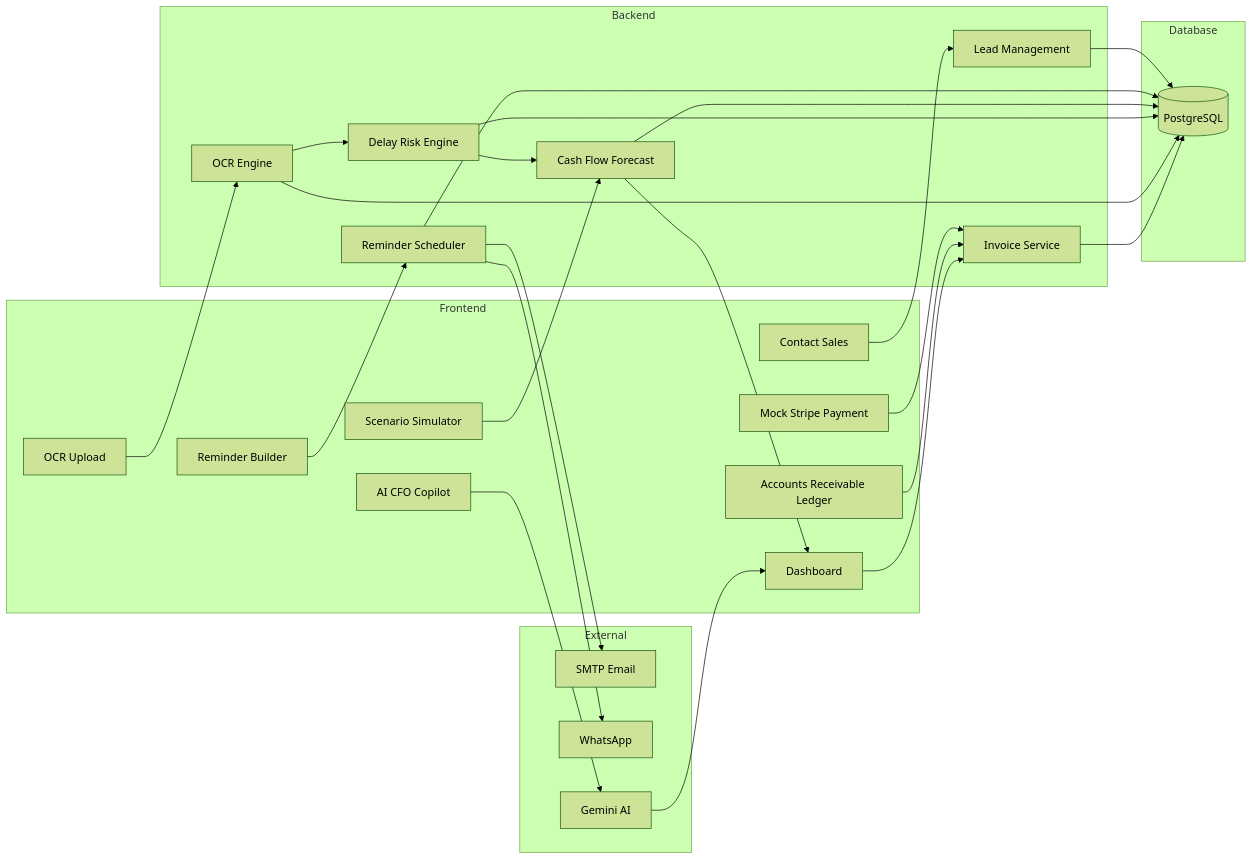
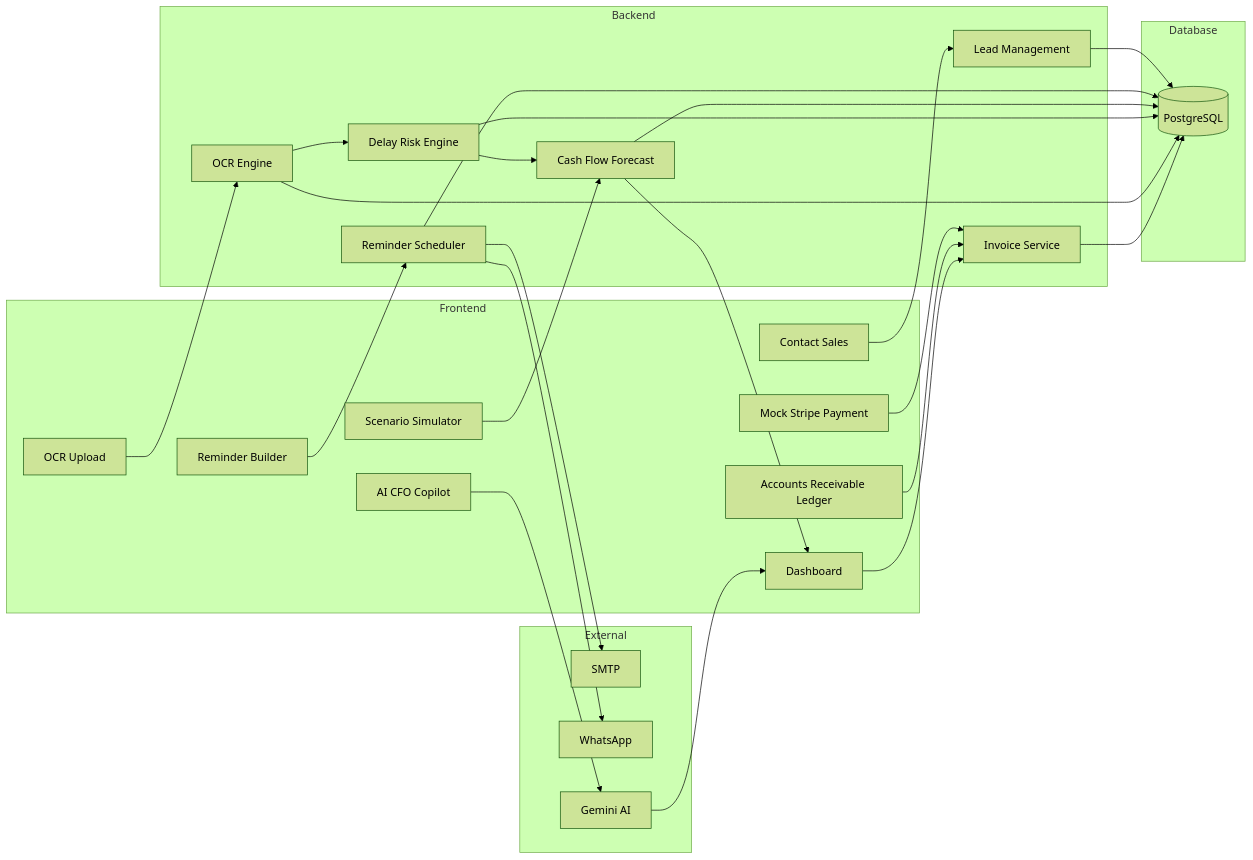
Before and after one commit to Manvi0408/InvoNest: the diagram in README.md, drawn with Mermaid (forest theme). The commit also changed other lines of this file, not shown here.

````diff
--- a/README.md
+++ b/README.md
@@ -79,58 +251,58 @@
 ```mermaid
 graph LR
 
 subgraph Frontend
-    A[Dashboard]
-    B[OCR Upload]
-    C[Accounts Receivable Ledger]
-    D[AI CFO Copilot]
-    E[Scenario Simulator]
-    F[Reminder Builder]
-    G[Contact Sales]
-    H[Mock Stripe Payment]
+A[Dashboard]
+B[OCR Upload]
+C[Accounts Receivable Ledger]
+D[AI CFO Copilot]
+E[Scenario Simulator]
+F[Reminder Builder]
+G[Contact Sales]
+H[Mock Stripe Payment]
 end
 
 subgraph Backend
-    I[Invoice Service]
-    J[OCR Engine]
-    K[Delay Risk Engine]
-    L[Cash Flow Forecast]
-    M[Reminder Scheduler]
-    N[Lead Management]
+I[Invoice Service]
+J[OCR Engine]
+K[Delay Risk Engine]
+L[Cash Flow Forecast]
+M[Reminder Scheduler]
+N[Lead Management]
 end
 
 subgraph Database
-    O[(PostgreSQL)]
+O[(PostgreSQL)]
 end
 
 subgraph External
-    P[SMTP Email]
-    Q[WhatsApp]
-    R[Gemini AI]
+P[SMTP]
+Q[WhatsApp]
+R[Gemini AI]
 end
 
 B --> J
 A --> I
 C --> I
 D --> R
 E --> L
 F --> M
 G --> N
 H --> I
 
 I --> O
 J --> O
 K --> O
 L --> O
 M --> O
 N --> O
 
 J --> K
 K --> L
 
 M --> P
 M --> Q
 
 L --> A
 R --> A
 ```
````
